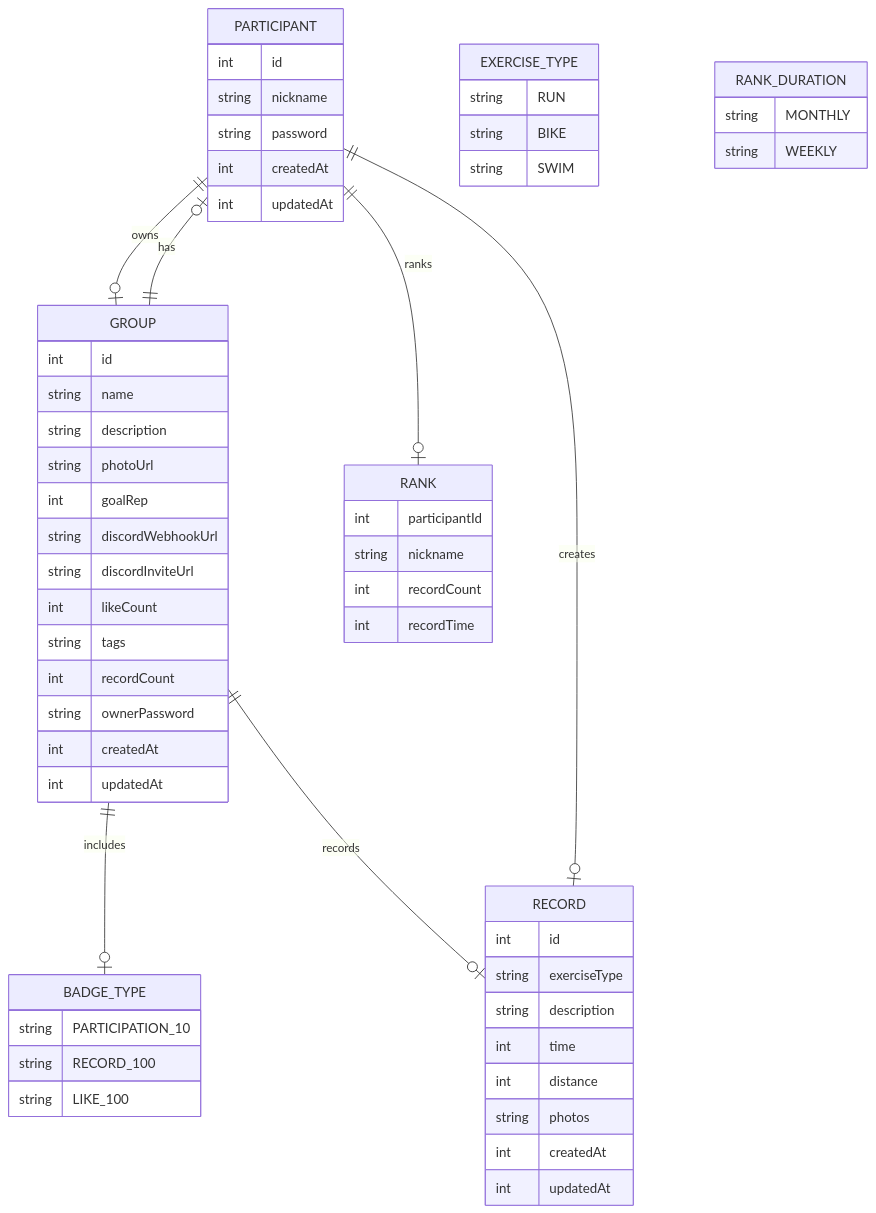
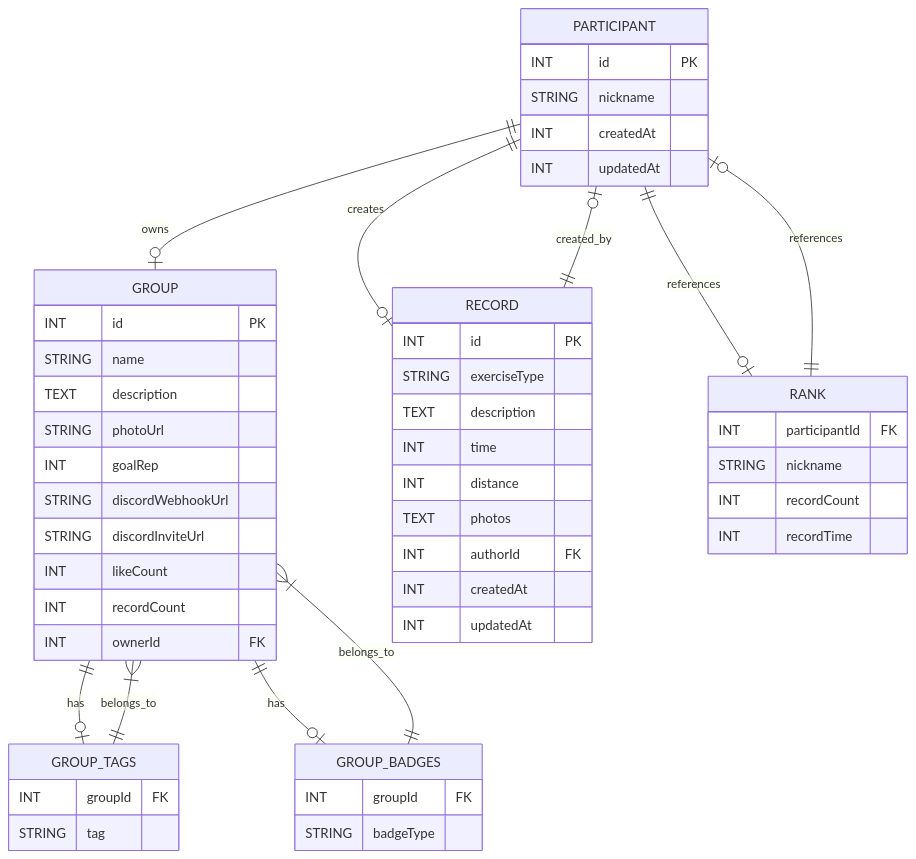
Before and after one commit to funfungun/mermaid: the diagram in README.md, drawn with Mermaid.

````diff
--- a/README.md
+++ b/README.md
@@ -1,62 +1,61 @@
 ```mermaid
 erDiagram
     PARTICIPANT {
-        int id
-        string nickname
-        string password
-        int createdAt
-        int updatedAt
+        INT id PK
+        STRING nickname
+        INT createdAt
+        INT updatedAt
     }
+    
     GROUP {
-        int id
-        string name
-        string description
-        string photoUrl
-        int goalRep
-        string discordWebhookUrl
-        string discordInviteUrl
-        int likeCount
-        string tags
-        int recordCount
-        string ownerPassword
-        int createdAt
-        int updatedAt
+        INT id PK
+        STRING name
+        TEXT description
+        STRING photoUrl
+        INT goalRep
+        STRING discordWebhookUrl
+        STRING discordInviteUrl
+        INT likeCount
+        INT recordCount
+        INT ownerId FK
     }
+
+    GROUP_TAGS {
+        INT groupId FK
+        STRING tag
+    }
+
+    GROUP_BADGES {
+        INT groupId FK
+        STRING badgeType
+    }
+
     RECORD {
-        int id
-        string exerciseType
-        string description
-        int time
-        int distance
-        string photos
-        int createdAt
-        int updatedAt
+        INT id PK
+        STRING exerciseType
+        TEXT description
+        INT time
+        INT distance
+        TEXT photos
+        INT authorId FK
+        INT createdAt
+        INT updatedAt
     }
+
     RANK {
-        int participantId
-        string nickname
-        int recordCount
-        int recordTime
-    }
-    BADGE_TYPE {
-        string PARTICIPATION_10
-        string RECORD_100
-        string LIKE_100
-    }
-    EXERCISE_TYPE {
-        string RUN
-        string BIKE
-        string SWIM
-    }
-    RANK_DURATION {
-        string MONTHLY
-        string WEEKLY
+        INT participantId FK
+        STRING nickname
+        INT recordCount
+        INT recordTime
     }
 
     PARTICIPANT ||--o| GROUP : owns
-    GROUP ||--o| PARTICIPANT : has
-    GROUP ||--o| BADGE_TYPE : includes
-    GROUP ||--o| RECORD : records
     PARTICIPANT ||--o| RECORD : creates
-    PARTICIPANT ||--o| RANK : ranks
+    PARTICIPANT ||--o| RANK : references
+    GROUP ||--o| GROUP_TAGS : has
+    GROUP ||--o| GROUP_BADGES : has
+    GROUP_TAGS ||--|{ GROUP : belongs_to
+    GROUP_BADGES ||--|{ GROUP : belongs_to
+    RECORD ||--o| PARTICIPANT : created_by
+    RANK ||--o| PARTICIPANT : references
 ```
````
